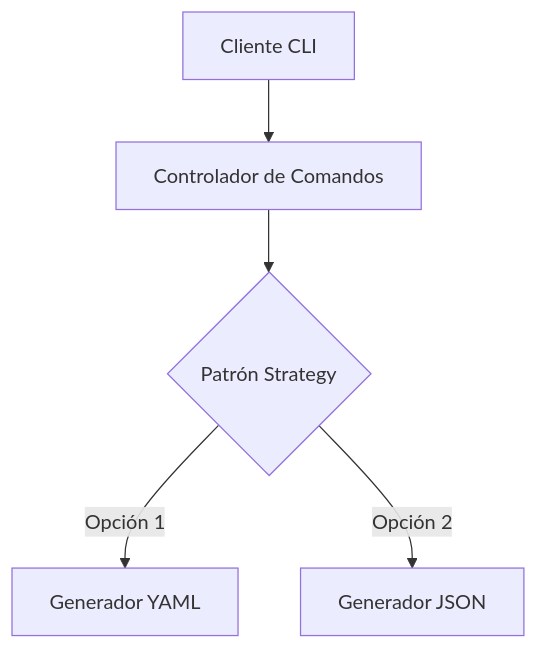
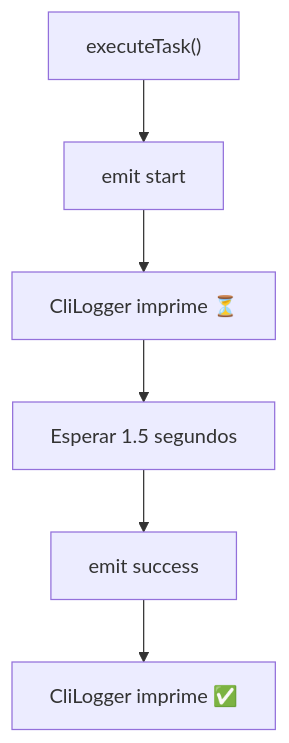
One commit to Jean7Pierre/My-CLI-Setup changed the third of 4 diagrams in docs-site/docs/aprendizaje.mdx. Above: the diagram before and after it, drawn with Mermaid. The commit also changed other lines of this file and 5 other files, not shown here.

````diff
--- a/docs-site/docs/aprendizaje.mdx
+++ b/docs-site/docs/aprendizaje.mdx
@@ -7,7 +199,12 @@
 ```mermaid
-graph TD;
-    A[Cliente CLI] --> B[Controlador de Comandos];
-    B --> C{Patrón Strategy};
-    C -->|Opción 1| D[Generador YAML];
-    C -->|Opción 2| E[Generador JSON];
+flowchart TD
+
+A["executeTask()"] --> B[emit start]
+B --> C[CliLogger imprime ⏳]
+
+C --> D[Esperar 1.5 segundos]
+
+D --> E[emit success]
+
+E --> F[CliLogger imprime ✅]
 ```
````
